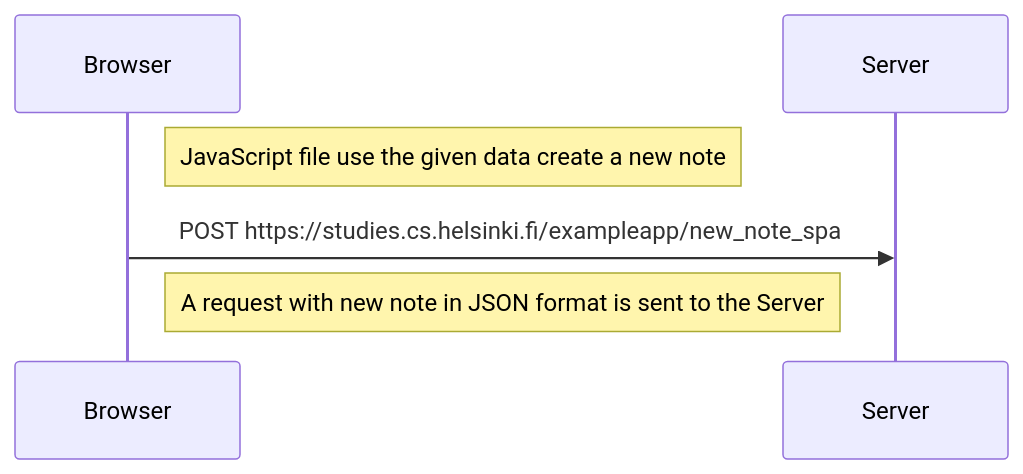
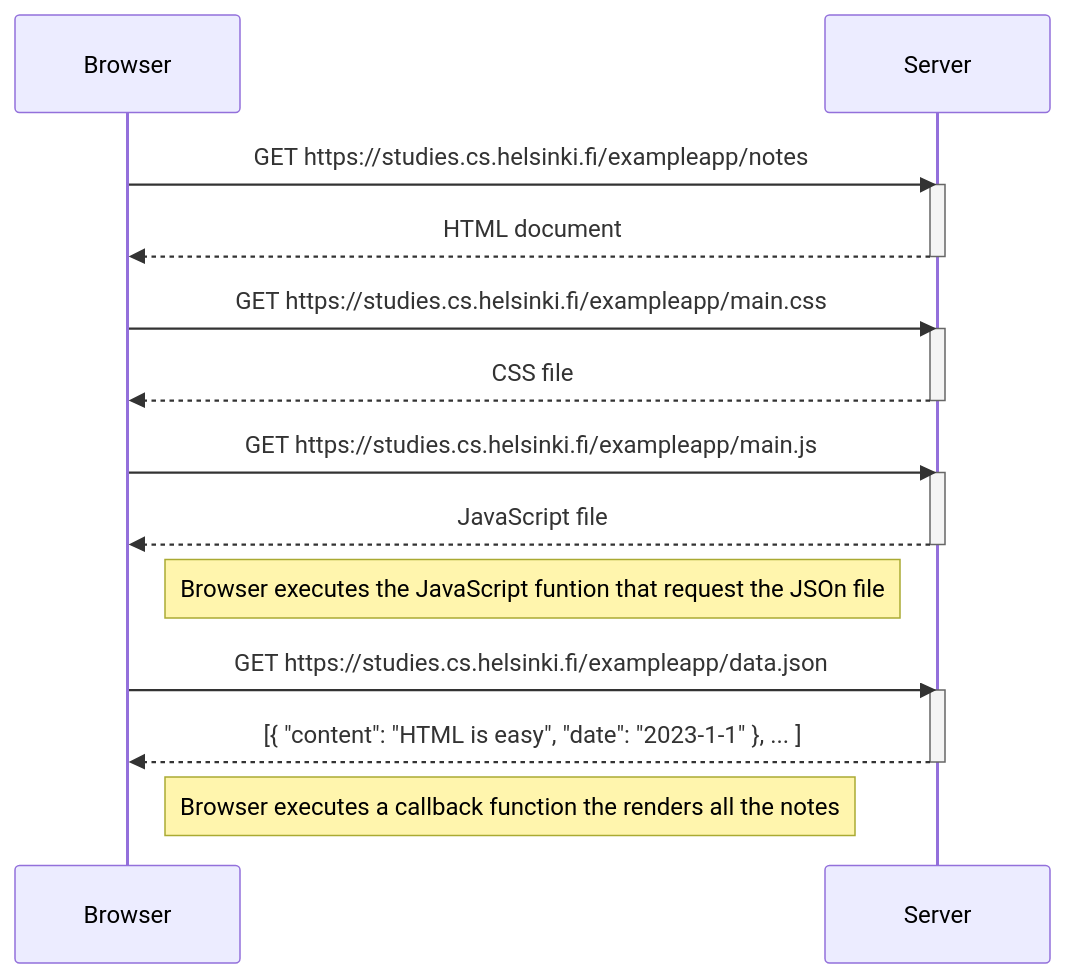
One commit to henriquemcmedeiros/FullStackOpenExercises changed the diagram in Part 0/0-5.md. Above: the diagram before and after it, drawn with Mermaid. The commit also changed other lines of this file and 1 other file, not shown here.

````diff
--- a/Part 0/0-5.md
+++ b/Part 0/0-5.md
@@ -3,11 +3,29 @@
 ```mermaid
-  sequenceDiagram
-    participant Browser
-    participant Server
+    sequenceDiagram
+        participant Browser
+        participant Server
 
-    Note right of Browser: JavaScript file use the given data create a new note
-    
-    Browser->>Server: POST https://studies.cs.helsinki.fi/exampleapp/new_note_spa
+        Browser->>Server: GET https://studies.cs.helsinki.fi/exampleapp/notes
+        activate Server
+        Server-->>Browser: HTML document
+        deactivate Server
 
-    Note right of Browser: A request with new note in JSON format is sent to the Server  
+        Browser->>Server: GET https://studies.cs.helsinki.fi/exampleapp/main.css
+        activate Server
+        Server-->>Browser: CSS file
+        deactivate Server
+
+        Browser->>Server: GET https://studies.cs.helsinki.fi/exampleapp/main.js
+        activate Server
+        Server-->>Browser: JavaScript file
+        deactivate Server
+
+        Note right of Browser: Browser executes the JavaScript funtion that request the JSOn file
+
+        Browser->>Server: GET https://studies.cs.helsinki.fi/exampleapp/data.json
+        activate Server
+        Server-->>Browser: [{ "content": "HTML is easy", "date": "2023-1-1" }, ... ]
+        deactivate Server
+
+        Note right of Browser: Browser executes a callback function the renders all the notes
 ```
````
